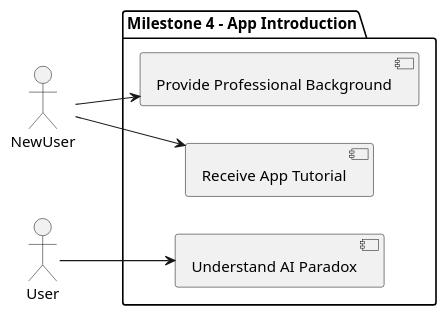
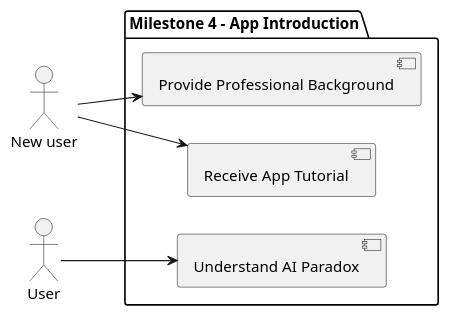
One commit to Windesheim-AI/UML-diagrams changed the diagram in fdd/use-case-diagram/milestone_4.puml. Above: the diagram before and after it, drawn with PlantUML. The commit also changed 5 other files, not shown here.

Commit message:
feat: :memo: Update use case diagrams

```diff
--- a/fdd/use-case-diagram/milestone_4.puml
+++ b/fdd/use-case-diagram/milestone_4.puml
@@ -1,17 +1,17 @@
 @startuml
 left to right direction
 
-actor NewUser as NewUser
+actor NewUser as "New user"
 actor User as User
 
 package "Milestone 4 - App Introduction" {
     [Provide Professional Background] as UC1
     [Receive App Tutorial] as UC2
     [Understand AI Paradox] as UC4
 }
 
 NewUser --> UC1
 NewUser --> UC2
 User --> UC4
 
 @enduml
```
